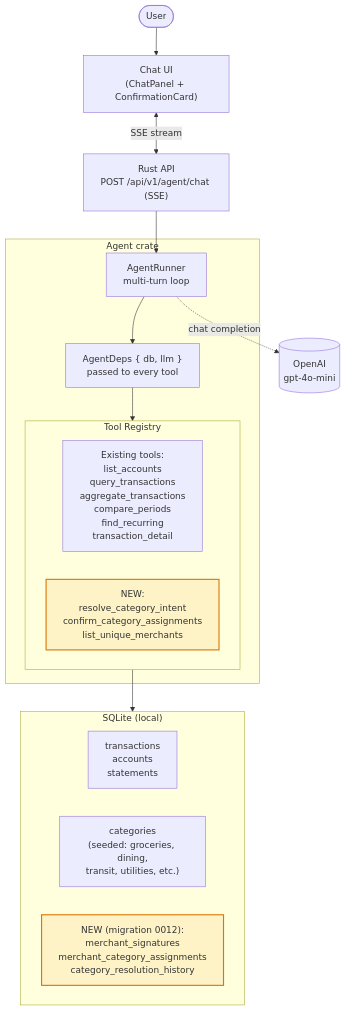
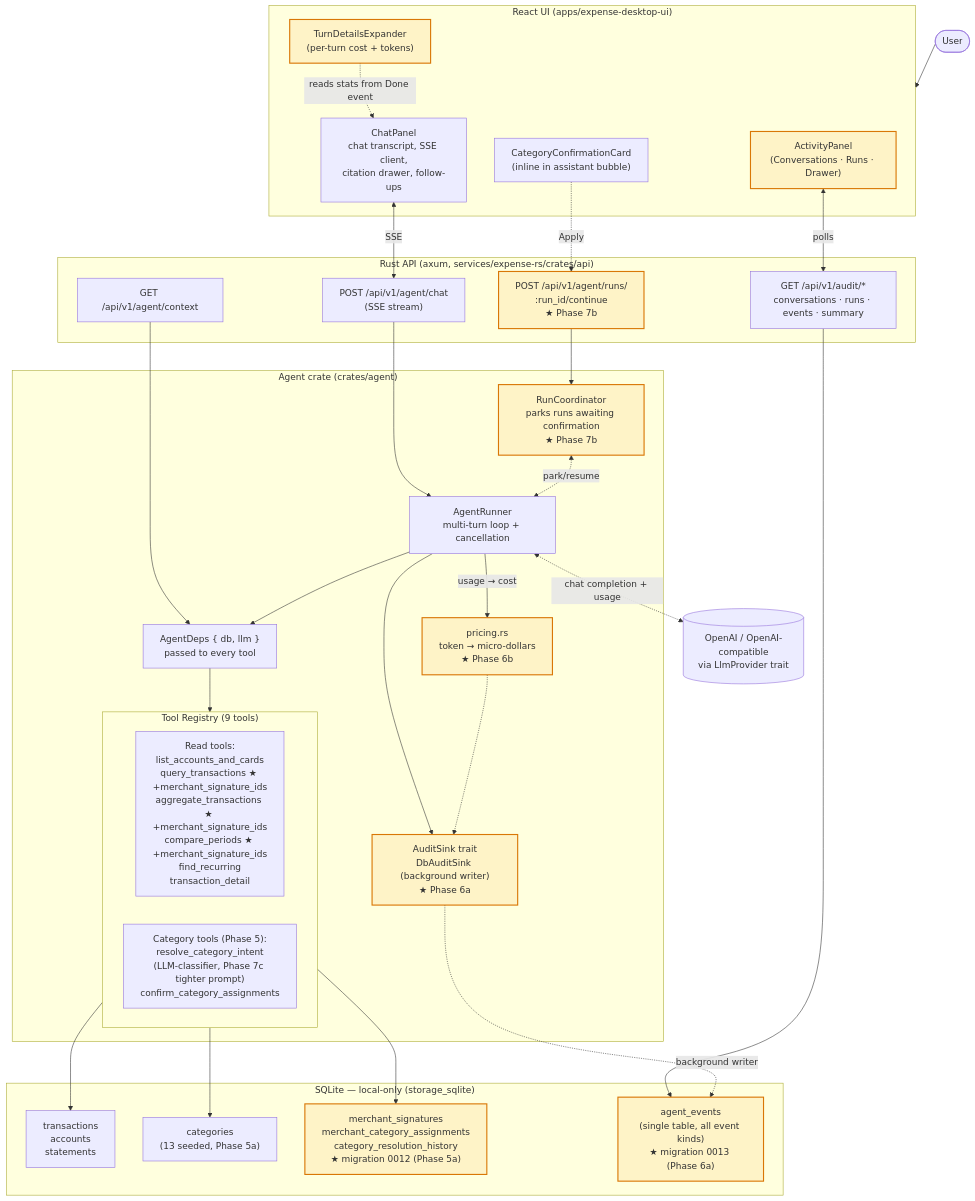
The first of 2 diagrams in docs/features/agent-financial-awareness/architecture-diagram.md (sarathkumar365/Spendora), drawn with Mermaid before and after one commit. The commit also changed other lines of this file, not shown here.

First line of the commit message:
docs(agent): refresh architecture diagram for phases 5-7

````diff
--- a/docs/features/agent-financial-awareness/architecture-diagram.md
+++ b/docs/features/agent-financial-awareness/architecture-diagram.md
@@ -5,36 +7,73 @@
 ```mermaid
 flowchart TB
     User(["User"])
-    UI["Chat UI<br/>(ChatPanel + ConfirmationCard)"]
-    API["Rust API<br/>POST /api/v1/agent/chat (SSE)"]
 
-    subgraph AgentCrate["Agent crate"]
-        Runtime["AgentRunner<br/>multi-turn loop"]
+    subgraph UI["React UI (apps/expense-desktop-ui)"]
+        ChatPanel["ChatPanel<br/>chat transcript, SSE client,<br/>citation drawer, follow-ups"]
+        ConfirmationCard["CategoryConfirmationCard<br/>(inline in assistant bubble)"]
+        DetailsExpander["TurnDetailsExpander<br/>(per-turn cost + tokens)"]
+        ActivityPanel["ActivityPanel<br/>(Conversations · Runs · Drawer)"]
+    end
+
+    subgraph API["Rust API (axum, services/expense-rs/crates/api)"]
+        ChatEP["POST /api/v1/agent/chat<br/>(SSE stream)"]
+        ContEP["POST /api/v1/agent/runs/<br/>:run_id/continue<br/>★ Phase 7b"]
+        CtxEP["GET /api/v1/agent/context"]
+        AuditEPs["GET /api/v1/audit/*<br/>conversations · runs · events · summary"]
+    end
+
+    subgraph AgentCrate["Agent crate (crates/agent)"]
+        Runtime["AgentRunner<br/>multi-turn loop + cancellation"]
+        Coordinator["RunCoordinator<br/>parks runs awaiting confirmation<br/>★ Phase 7b"]
+        AuditSink["AuditSink trait<br/>DbAuditSink (background writer)<br/>★ Phase 6a"]
+        Pricing["pricing.rs<br/>token → micro-dollars<br/>★ Phase 6b"]
         Deps["AgentDeps { db, llm }<br/>passed to every tool"]
 
-        subgraph Tools["Tool Registry"]
+        subgraph Tools["Tool Registry (9 tools)"]
             direction LR
-            Existing["Existing tools:<br/>list_accounts<br/>query_transactions<br/>aggregate_transactions<br/>compare_periods<br/>find_recurring<br/>transaction_detail"]
-            NewTools["NEW:<br/>resolve_category_intent<br/>confirm_category_assignments<br/>list_unique_merchants"]
+            ReadTools["Read tools:<br/>list_accounts_and_cards<br/>query_transactions ★ +merchant_signature_ids<br/>aggregate_transactions ★ +merchant_signature_ids<br/>compare_periods ★ +merchant_signature_ids<br/>find_recurring<br/>transaction_detail"]
+            CatTools["Category tools (Phase 5):<br/>resolve_category_intent<br/>(LLM-classifier, Phase 7c tighter prompt)<br/>confirm_category_assignments"]
         end
     end
 
-    LLM[("OpenAI<br/>gpt-4o-mini")]
+    LLM[("OpenAI / OpenAI-compatible<br/>via LlmProvider trait")]
 
-    subgraph SQLite["SQLite (local)"]
-        OldDB["transactions<br/>accounts<br/>statements"]
-        Cats["categories<br/>(seeded: groceries, dining,<br/>transit, utilities, etc.)"]
-        NewDB["NEW (migration 0012):<br/>merchant_signatures<br/>merchant_category_assignments<br/>category_resolution_history"]
+    subgraph SQLite["SQLite — local-only (storage_sqlite)"]
+        CoreData["transactions<br/>accounts<br/>statements"]
+        Categories["categories<br/>(13 seeded, Phase 5a)"]
+        CatTables["merchant_signatures<br/>merchant_category_assignments<br/>category_resolution_history<br/>★ migration 0012 (Phase 5a)"]
+        AuditTable["agent_events<br/>(single table, all event kinds)<br/>★ migration 0013 (Phase 6a)"]
     end
 
     User --> UI
-    UI <-->|SSE stream| API
-    API --> Runtime
+    ChatPanel <-->|SSE| ChatEP
+    ConfirmationCard -.->|Apply| ContEP
+    DetailsExpander -.->|reads stats from Done event| ChatPanel
+    ActivityPanel <-->|polls| AuditEPs
+
+    ChatEP --> Runtime
+    ContEP --> Coordinator
+    Coordinator <-.->|park/resume| Runtime
+    CtxEP --> Deps
+    AuditEPs --> AuditTable
+
     Runtime --> Deps
+    Runtime --> AuditSink
+    Runtime -->|usage → cost| Pricing
     Deps --> Tools
-    Runtime -.->|chat completion| LLM
-    Tools --> SQLite
+    Runtime <-.->|chat completion + usage| LLM
+    Tools --> CoreData
+    Tools --> Categories
+    Tools --> CatTables
+    AuditSink -.->|background writer| AuditTable
+    Pricing -.-> AuditSink
 
-    style NewTools fill:#fef3c7,stroke:#d97706,stroke-width:2px
-    style NewDB fill:#fef3c7,stroke:#d97706,stroke-width:2px
+    style ContEP fill:#fef3c7,stroke:#d97706,stroke-width:2px
+    style Coordinator fill:#fef3c7,stroke:#d97706,stroke-width:2px
+    style AuditSink fill:#fef3c7,stroke:#d97706,stroke-width:2px
+    style Pricing fill:#fef3c7,stroke:#d97706,stroke-width:2px
+    style AuditTable fill:#fef3c7,stroke:#d97706,stroke-width:2px
+    style CatTables fill:#fef3c7,stroke:#d97706,stroke-width:2px
+    style ActivityPanel fill:#fef3c7,stroke:#d97706,stroke-width:2px
+    style DetailsExpander fill:#fef3c7,stroke:#d97706,stroke-width:2px
 ```
````
